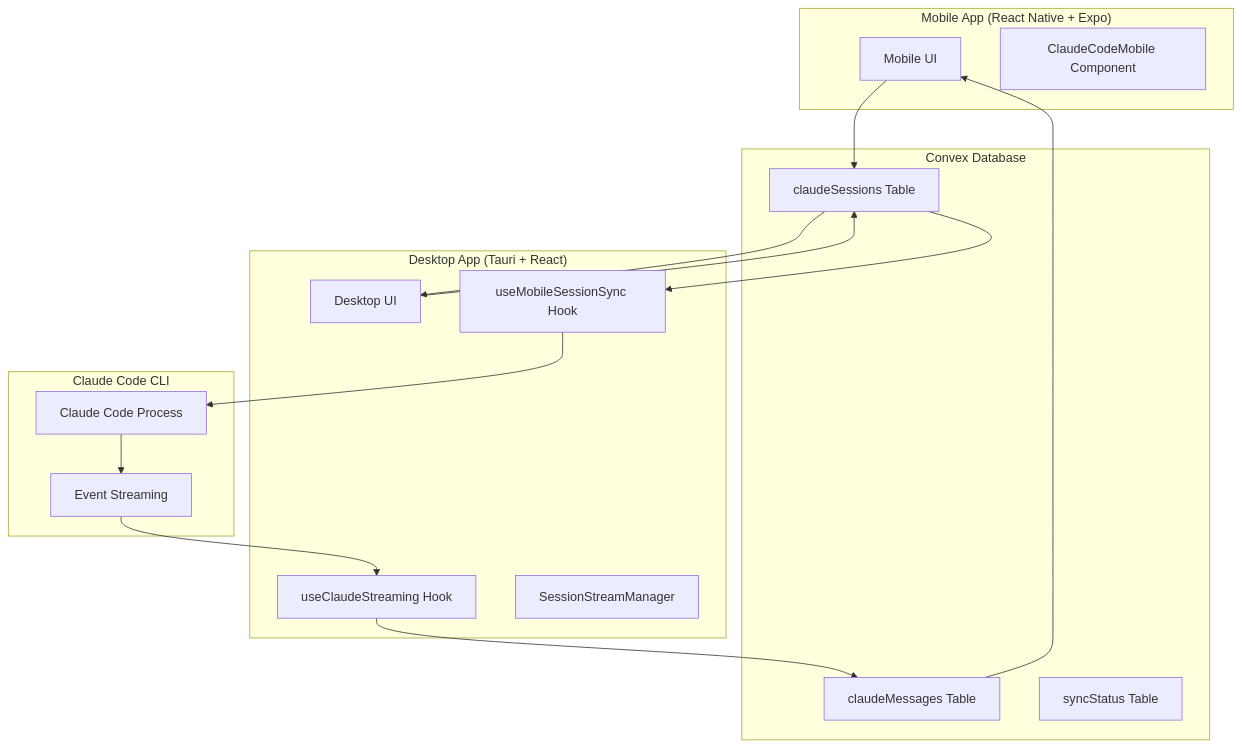
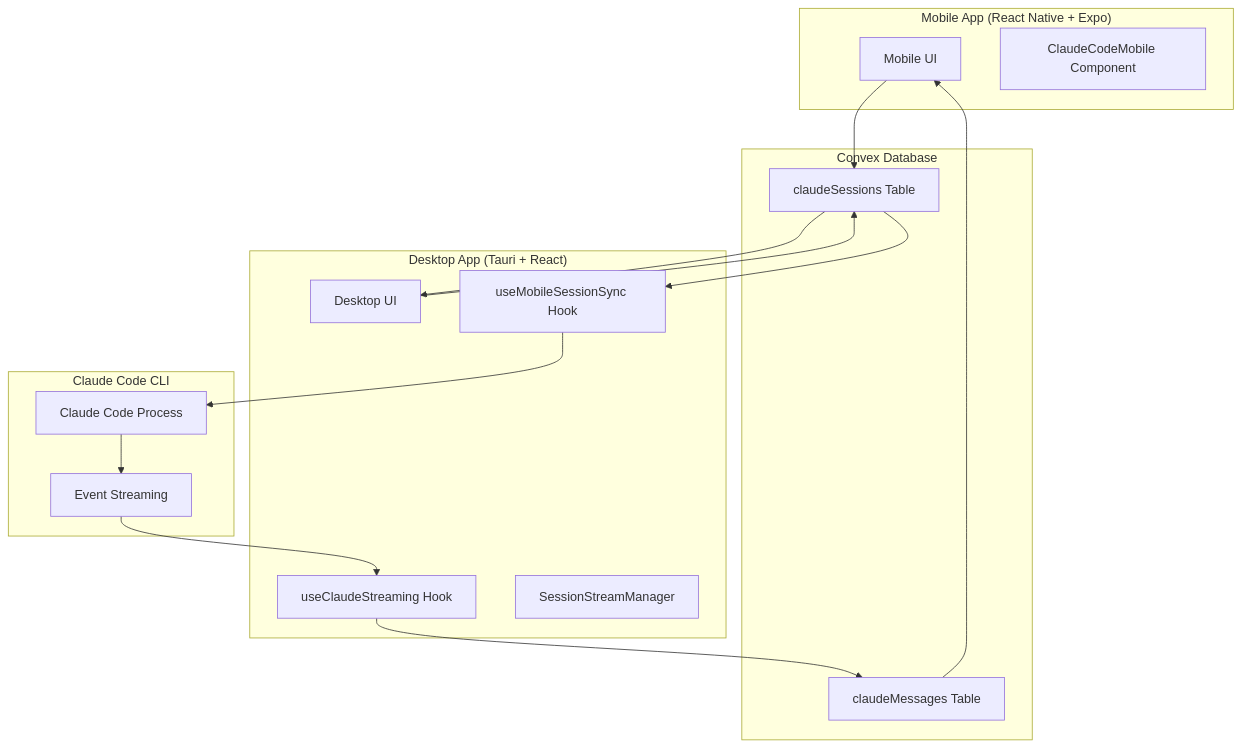
Before and after one commit to OpenAgentsInc/openagents: the first of 3 diagrams in docs/systems/mobile-desktop-claude-sync.md, drawn with Mermaid. The commit also changed other lines of this file, not shown here.

First line of the commit message:
📚 DOCS: Update mobile-desktop sync documentation for duplicate message fix

````diff
--- a/docs/systems/mobile-desktop-claude-sync.md
+++ b/docs/systems/mobile-desktop-claude-sync.md
@@ -11,36 +11,35 @@
 ```mermaid
 graph TB
     subgraph "Mobile App (React Native + Expo)"
         M[Mobile UI]
         MC[ClaudeCodeMobile Component]
     end
     
     subgraph "Convex Database"
         CS[claudeSessions Table]
         CM[claudeMessages Table]
-        SS[syncStatus Table]
     end
     
     subgraph "Desktop App (Tauri + React)"
         D[Desktop UI]
         SMS[useMobileSessionSync Hook]
         CSS[useClaudeStreaming Hook]
         SSM[SessionStreamManager]
     end
     
     subgraph "Claude Code CLI"
         CC[Claude Code Process]
         CCE[Event Streaming]
     end
     
     M --> CS
     CS --> SMS
     SMS --> CC
     CC --> CCE
     CCE --> CSS
     CSS --> CM
     CM --> M
     
     D --> CS
     CS --> D
 ```
````
